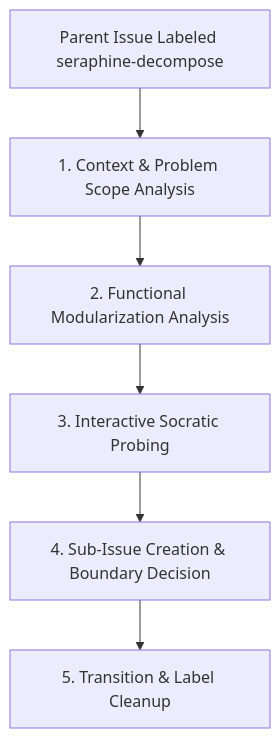
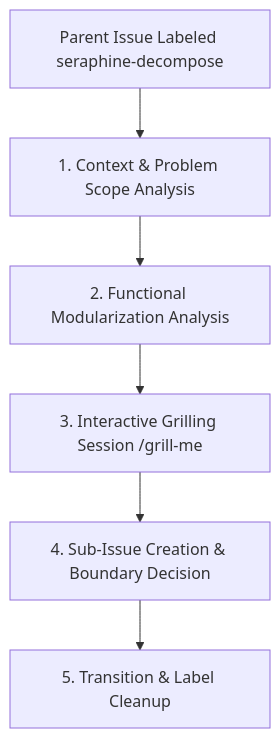
Before and after one commit to brotherlogic/seraphine: the diagram in .agent/workflows/seraphine-decompose.md, drawn with Mermaid. The commit also changed other lines of this file, not shown here.

Commit message:
feat(workflow): mandate interactive /grill-me session in seraphine-decompose workflow. Closes #195 (#196)

````diff
--- a/.agent/workflows/seraphine-decompose.md
+++ b/.agent/workflows/seraphine-decompose.md
@@ -7,8 +7,8 @@
 ```mermaid
 graph TD
     A[Parent Issue Labeled seraphine-decompose] --> B[1. Context & Problem Scope Analysis]
     B --> C[2. Functional Modularization Analysis]
-    C --> D[3. Interactive Socratic Probing]
+    C --> D[3. Interactive Grilling Session /grill-me]
     D --> E[4. Sub-Issue Creation & Boundary Decision]
     E --> F[5. Transition & Label Cleanup]
 ```
````
